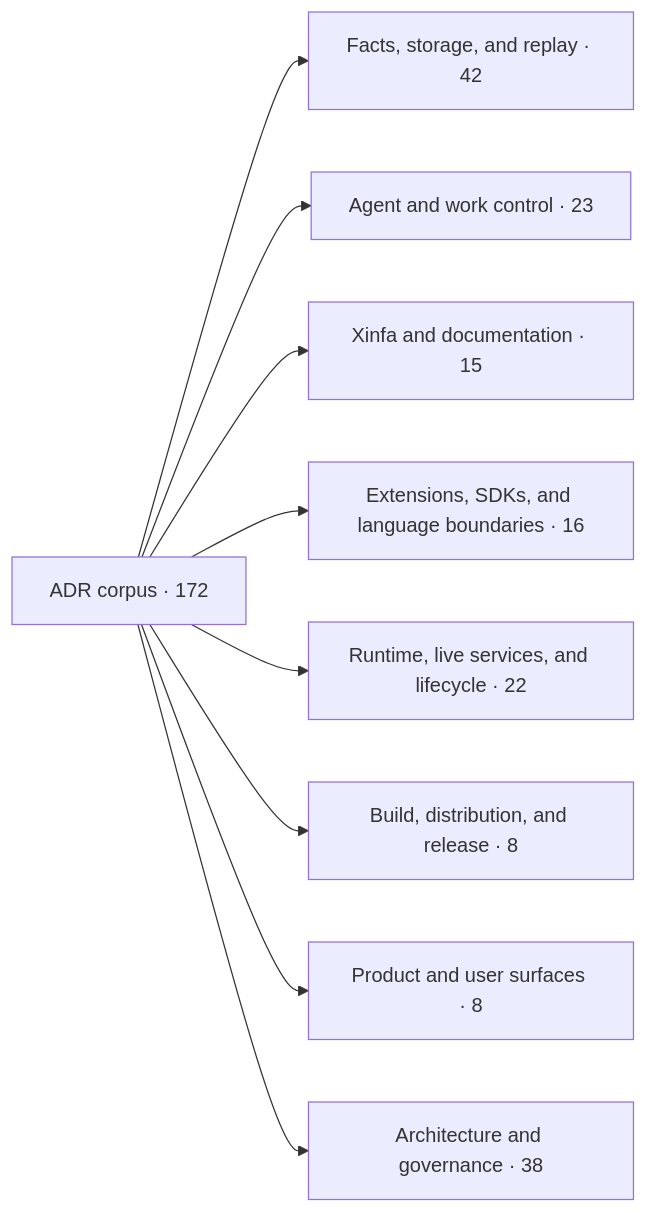
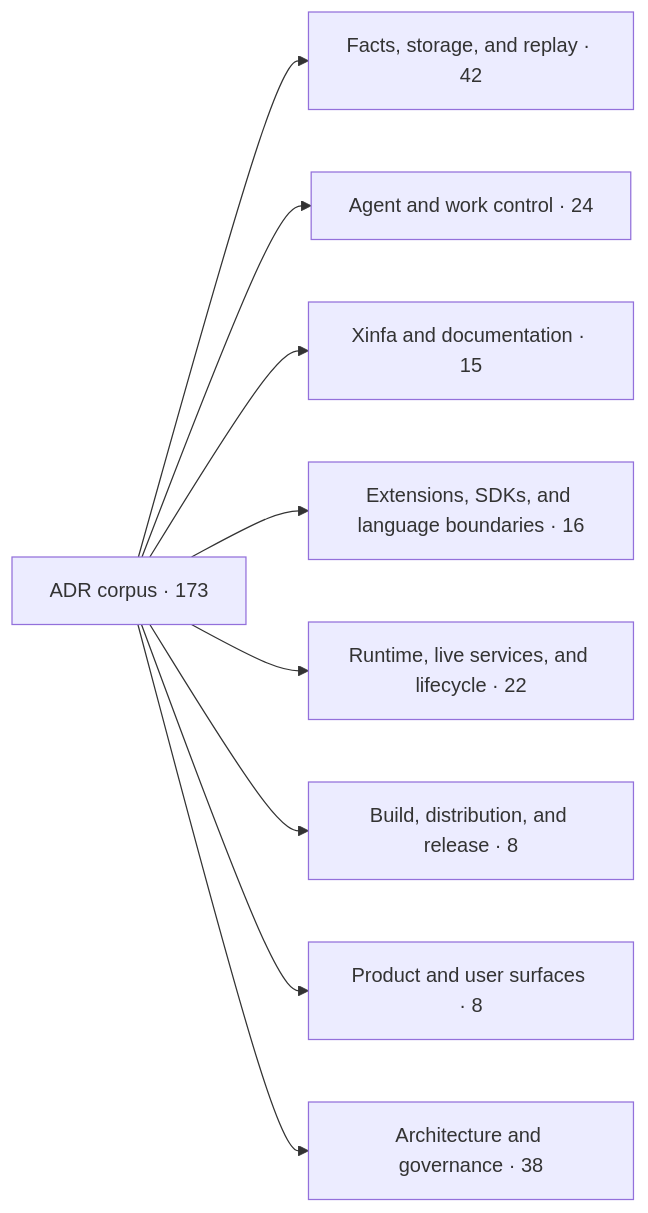
One commit to PterX/kungfu changed the first of 2 diagrams in docs/architecture/adr-map.md. Above: the diagram before and after it, drawn with Mermaid. The commit also changed other lines of this file and 12 other files, not shown here.

Commit message:
fix(agent-session): decouple Work lifecycle

````diff
--- a/docs/architecture/adr-map.md
+++ b/docs/architecture/adr-map.md
@@ -20,12 +20,12 @@
 ```mermaid
 flowchart LR
-  root["ADR corpus · 172"]
+  root["ADR corpus · 173"]
   root --> d0["Facts, storage, and replay · 42"]
-  root --> d1["Agent and work control · 23"]
+  root --> d1["Agent and work control · 24"]
   root --> d2["Xinfa and documentation · 15"]
   root --> d3["Extensions, SDKs, and language boundaries · 16"]
   root --> d4["Runtime, live services, and lifecycle · 22"]
   root --> d5["Build, distribution, and release · 8"]
   root --> d6["Product and user surfaces · 8"]
   root --> d7["Architecture and governance · 38"]
 ```
````
